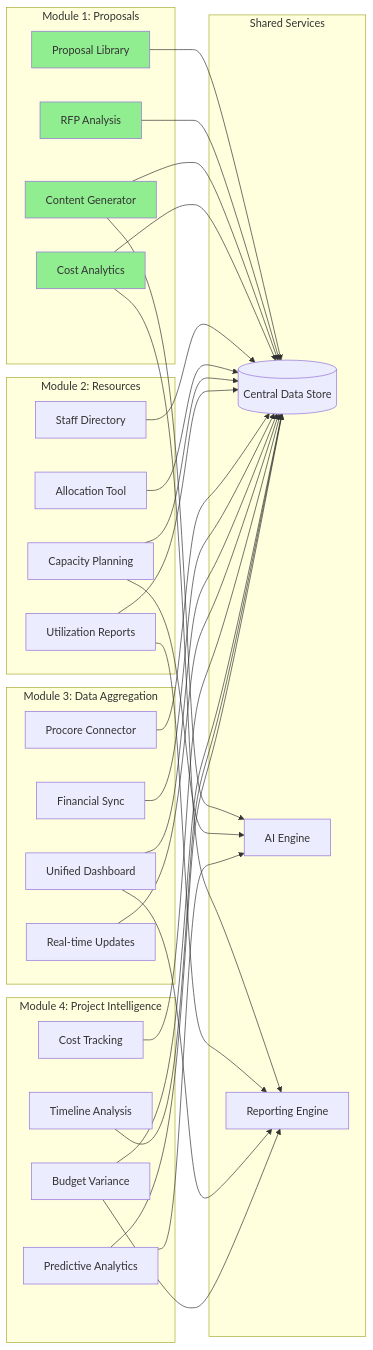
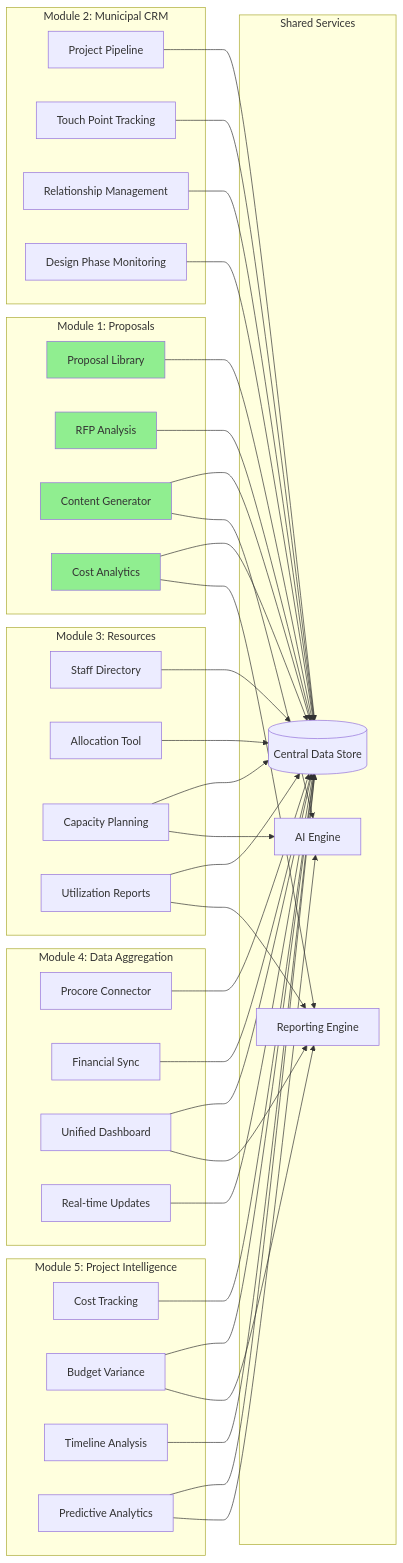
One commit to elikiedrowski/ECI_Site_Construction changed the fourth of 25 diagrams in POC-Implementation-Plan.md. Above: the diagram before and after it, drawn with Mermaid. The commit also changed other lines of this file, not shown here.

Commit message:
Add Municipal CRM module to platform vision per Ted's email requirement

````diff
--- a/POC-Implementation-Plan.md
+++ b/POC-Implementation-Plan.md
@@ -241,52 +263,60 @@
 ```mermaid
 graph LR
     subgraph "Module 1: Proposals"
         P1[Proposal Library]
         P2[RFP Analysis]
         P3[Content Generator]
         P4[Cost Analytics]
     end
     
-    subgraph "Module 2: Resources"
+    subgraph "Module 2: Municipal CRM"
+        C1[Project Pipeline]
+        C2[Touch Point Tracking]
+        C3[Relationship Management]
+        C4[Design Phase Monitoring]
+    end
+    
+    subgraph "Module 3: Resources"
         R1[Staff Directory]
         R2[Allocation Tool]
         R3[Capacity Planning]
         R4[Utilization Reports]
     end
     
-    subgraph "Module 3: Data Aggregation"
+    subgraph "Module 4: Data Aggregation"
         D1[Procore Connector]
         D2[Financial Sync]
         D3[Unified Dashboard]
         D4[Real-time Updates]
     end
     
-    subgraph "Module 4: Project Intelligence"
+    subgraph "Module 5: Project Intelligence"
         I1[Cost Tracking]
         I2[Budget Variance]
         I3[Timeline Analysis]
         I4[Predictive Analytics]
     end
     
     subgraph "Shared Services"
         S1[(Central Data Store)]
         S2[AI Engine]
         S3[Reporting Engine]
     end
     
     P1 & P2 & P3 & P4 --> S1
+    C1 & C2 & C3 & C4 --> S1
     R1 & R2 & R3 & R4 --> S1
     D1 & D2 & D3 & D4 --> S1
     I1 & I2 & I3 & I4 --> S1
     
     P3 --> S2
     R3 --> S2
     I4 --> S2
     
     P4 & R4 & D3 & I2 --> S3
     
     style P1 fill:#90EE90
     style P2 fill:#90EE90
     style P3 fill:#90EE90
     style P4 fill:#90EE90
 ```
````
